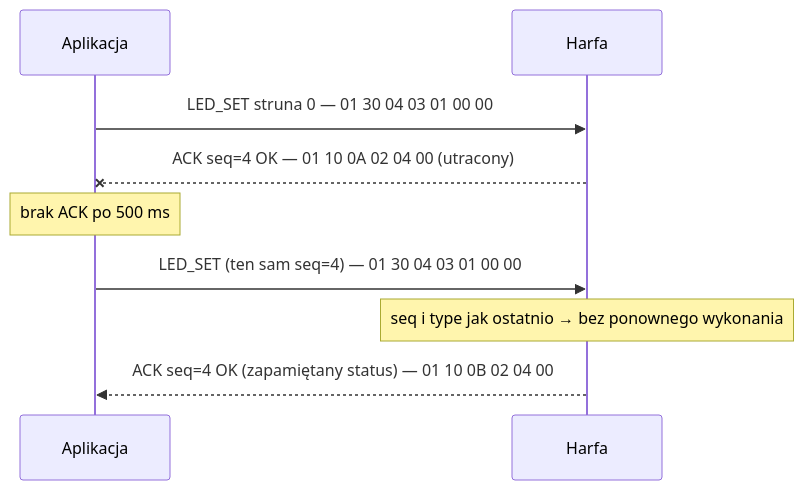
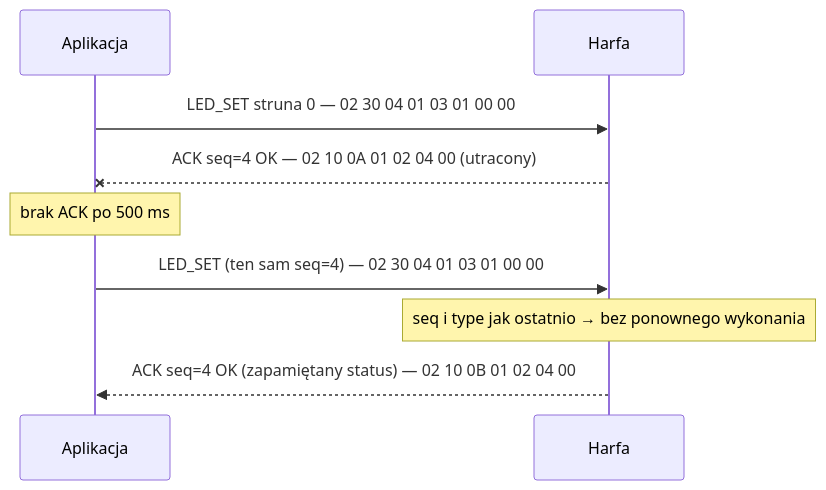
The fifth of 9 diagrams in docs/protocol/ble-protocol.md (emnealyn/HARFA), drawn with Mermaid before and after one commit. The commit also changed other lines of this file and 3 other files, not shown here.

````diff
--- a/docs/protocol/ble-protocol.md
+++ b/docs/protocol/ble-protocol.md
@@ -453,11 +493,11 @@
 ```mermaid
 sequenceDiagram
     participant A as Aplikacja
     participant H as Harfa
-    A->>H: LED_SET struna 0 — 01 30 04 03 01 00 00
-    H--xA: ACK seq=4 OK — 01 10 0A 02 04 00 (utracony)
+    A->>H: LED_SET struna 0 — 02 30 04 01 03 01 00 00
+    H--xA: ACK seq=4 OK — 02 10 0A 01 02 04 00 (utracony)
     Note over A: brak ACK po 500 ms
-    A->>H: LED_SET (ten sam seq=4) — 01 30 04 03 01 00 00
+    A->>H: LED_SET (ten sam seq=4) — 02 30 04 01 03 01 00 00
     Note over H: seq i type jak ostatnio → bez ponownego wykonania
-    H-->>A: ACK seq=4 OK (zapamiętany status) — 01 10 0B 02 04 00
+    H-->>A: ACK seq=4 OK (zapamiętany status) — 02 10 0B 01 02 04 00
 ```
````
